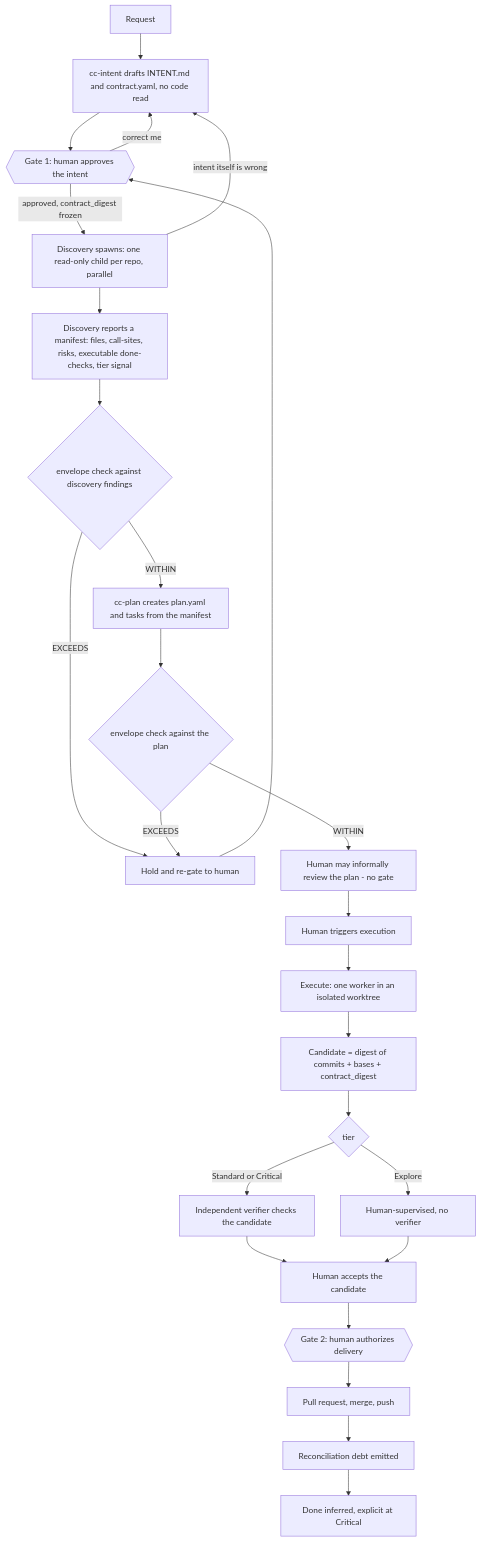
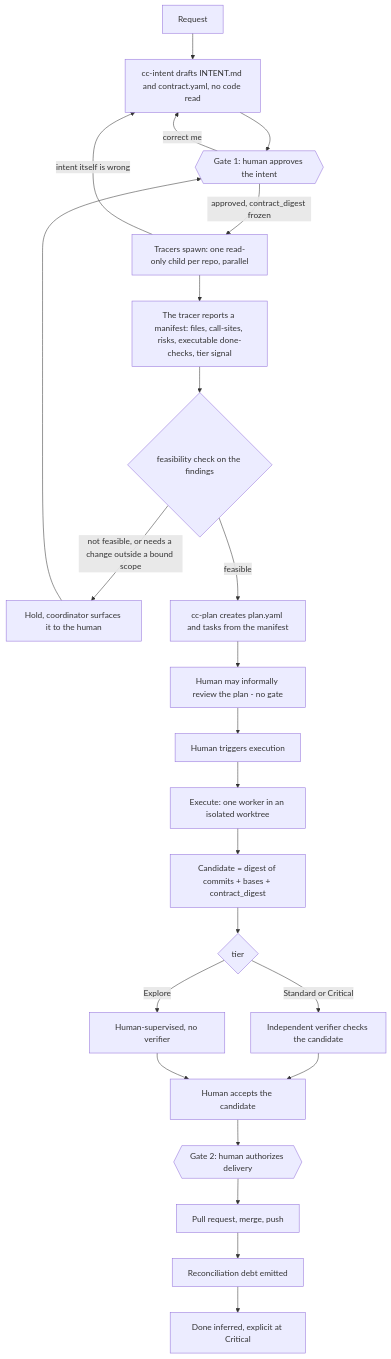
Before and after one commit to kaotypr/context-circuit-source: the first of 7 diagrams in sources/context-circuit-v1.0/diagrams.md, drawn with Mermaid. The commit also changed other lines of this file and 24 other files, not shown here.

First line of the commit message:
docs(sources): reframe v1.0 study around feasibility, rename discovery to tracer

````diff
--- a/sources/context-circuit-v1.0/diagrams.md
+++ b/sources/context-circuit-v1.0/diagrams.md
@@ -9,28 +9,26 @@
 ```mermaid
 flowchart TD
     R[Request] --> I[cc-intent drafts INTENT.md and contract.yaml, no code read]
     I --> G1{{Gate 1: human approves the intent}}
     G1 -->|correct me| I
-    G1 -->|approved, contract_digest frozen| DISC[Discovery spawns: one read-only child per repo, parallel]
+    G1 -->|approved, contract_digest frozen| DISC[Tracers spawn: one read-only child per repo, parallel]
     DISC -->|intent itself is wrong| I
-    DISC --> MANI[Discovery reports a manifest: files, call-sites, risks, executable done-checks, tier signal]
-    MANI --> ENV{envelope check against discovery findings}
-    ENV -->|EXCEEDS| RG[Hold and re-gate to human]
+    DISC --> MANI[The tracer reports a manifest: files, call-sites, risks, executable done-checks, tier signal]
+    MANI --> FEAS{feasibility check on the findings}
+    FEAS -->|not feasible, or needs a change outside a bound scope| RG[Hold, coordinator surfaces it to the human]
     RG --> G1
-    ENV -->|WITHIN| P[cc-plan creates plan.yaml and tasks from the manifest]
-    P --> ENV2{envelope check against the plan}
-    ENV2 -->|EXCEEDS| RG
-    ENV2 -->|WITHIN| REV[Human may informally review the plan - no gate]
+    FEAS -->|feasible| P[cc-plan creates plan.yaml and tasks from the manifest]
+    P --> REV[Human may informally review the plan - no gate]
     REV --> TRIG[Human triggers execution]
     TRIG --> EX[Execute: one worker in an isolated worktree]
     EX --> CAND[Candidate = digest of commits + bases + contract_digest]
     CAND --> T{tier}
     T -->|Standard or Critical| VER[Independent verifier checks the candidate]
     T -->|Explore| SUP[Human-supervised, no verifier]
     VER --> AC[Human accepts the candidate]
     SUP --> AC
     AC --> G2{{Gate 2: human authorizes delivery}}
     G2 --> DEL[Pull request, merge, push]
     DEL --> DEBT[Reconciliation debt emitted]
     DEBT --> DONE[Done inferred, explicit at Critical]
 ```
````
